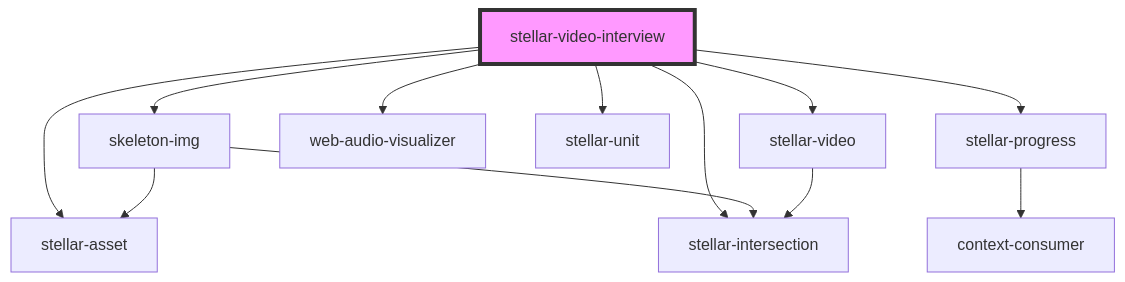
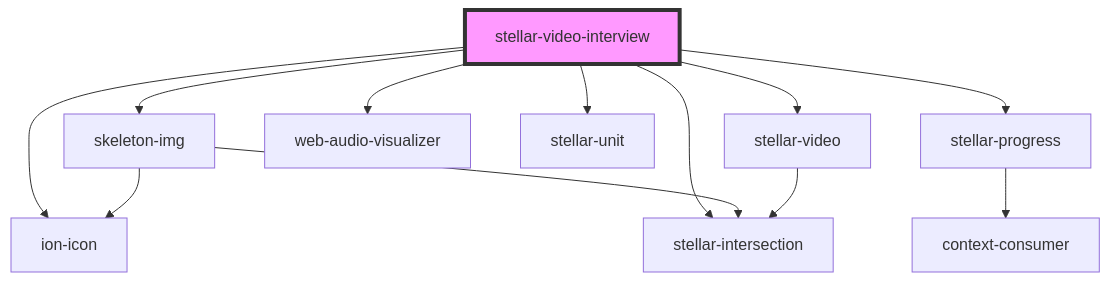
One commit to splitinfinities/Stellar changed the diagram in src/components/media/video-interview/readme.md. Above: the diagram before and after it, drawn with Mermaid. The commit also changed other lines of this file and 108 other files, not shown here.

Commit message:
Remove stellar-asset.

````diff
--- a/src/components/media/video-interview/readme.md
+++ b/src/components/media/video-interview/readme.md
@@ -77,15 +77,15 @@
 ```mermaid
 graph TD;
   stellar-video-interview --> skeleton-img
   stellar-video-interview --> stellar-video
   stellar-video-interview --> web-audio-visualizer
-  stellar-video-interview --> stellar-asset
+  stellar-video-interview --> ion-icon
   stellar-video-interview --> stellar-unit
   stellar-video-interview --> stellar-progress
   stellar-video-interview --> stellar-intersection
-  skeleton-img --> stellar-asset
+  skeleton-img --> ion-icon
   skeleton-img --> stellar-intersection
   stellar-video --> stellar-intersection
   stellar-progress --> context-consumer
   style stellar-video-interview fill:#f9f,stroke:#333,stroke-width:4px
 ```
````
